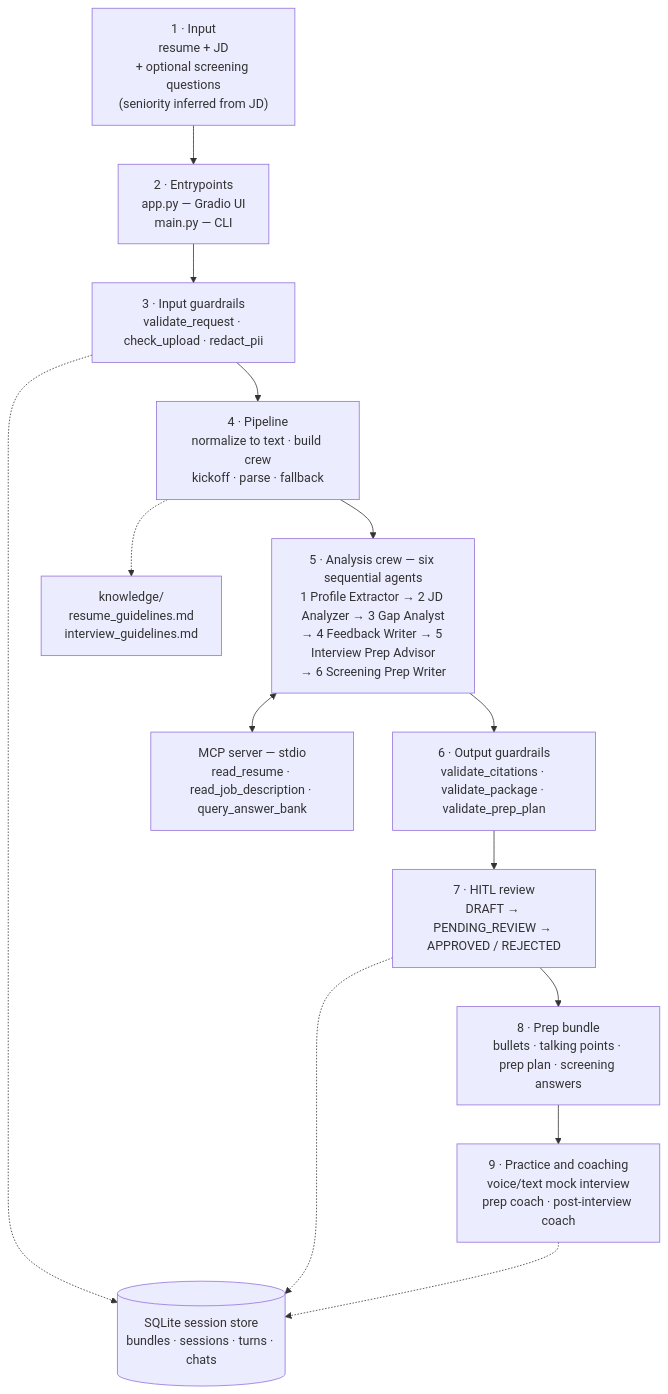
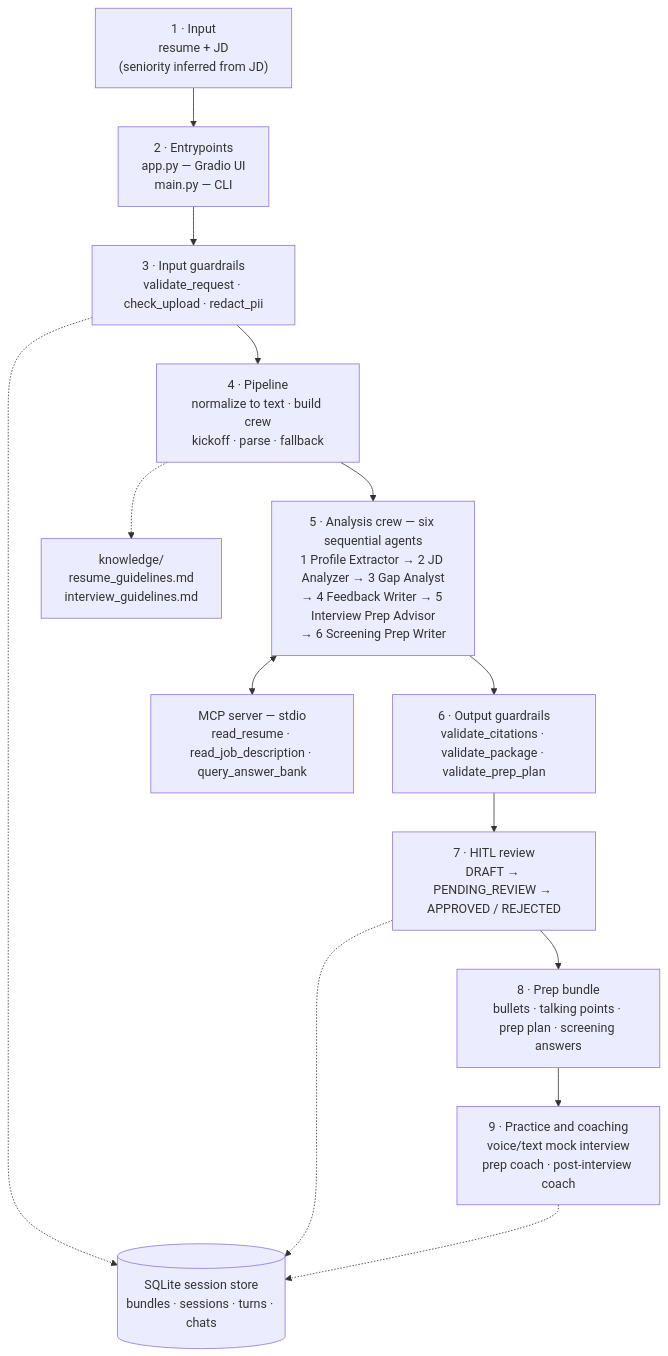
The first of 3 diagrams in ARCHITECTURE.md (helenapedro/careercrew), drawn with Mermaid before and after one commit. The commit also changed other lines of this file and 5 other files, not shown here.

Commit message:
feat: drop screening-questions input; answer the verified bank set

````diff
--- a/ARCHITECTURE.md
+++ b/ARCHITECTURE.md
@@ -27,20 +27,20 @@
 ```mermaid
 flowchart TD
-    S1["1 · Input<br/>resume + JD<br/>+ optional screening questions<br/>(seniority inferred from JD)"]
+    S1["1 · Input<br/>resume + JD<br/>(seniority inferred from JD)"]
     S2["2 · Entrypoints<br/>app.py — Gradio UI<br/>main.py — CLI"]
     S3["3 · Input guardrails<br/>validate_request · check_upload · redact_pii"]
     S4["4 · Pipeline<br/>normalize to text · build crew<br/>kickoff · parse · fallback"]
     S5["5 · Analysis crew — six sequential agents<br/>1 Profile Extractor → 2 JD Analyzer → 3 Gap Analyst<br/>→ 4 Feedback Writer → 5 Interview Prep Advisor<br/>→ 6 Screening Prep Writer"]
     S6["6 · Output guardrails<br/>validate_citations · validate_package · validate_prep_plan"]
     S7["7 · HITL review<br/>DRAFT → PENDING_REVIEW → APPROVED / REJECTED"]
     S8["8 · Prep bundle<br/>bullets · talking points · prep plan · screening answers"]
     S9["9 · Practice and coaching<br/>voice/text mock interview<br/>prep coach · post-interview coach"]
 
     S1 --> S2 --> S3 --> S4 --> S5 --> S6 --> S7 --> S8 --> S9
 
     S5 <--> MCP["MCP server — stdio<br/>read_resume · read_job_description · query_answer_bank"]
     S4 -.-> K["knowledge/<br/>resume_guidelines.md<br/>interview_guidelines.md"]
     S3 -.-> DB[("SQLite session store<br/>bundles · sessions · turns · chats")]
     S7 -.-> DB
     S9 -.-> DB
 ```
````
